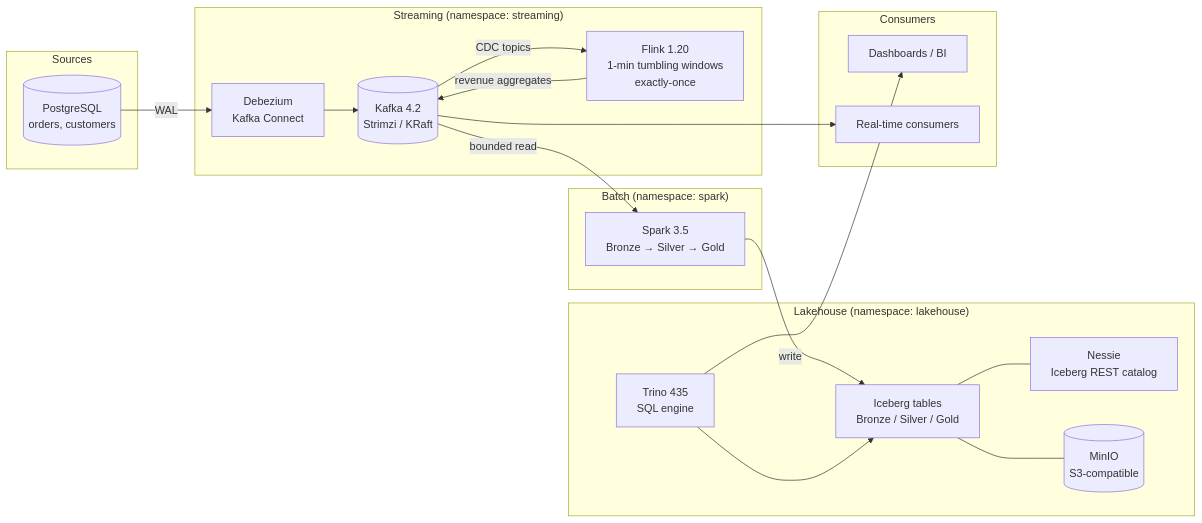
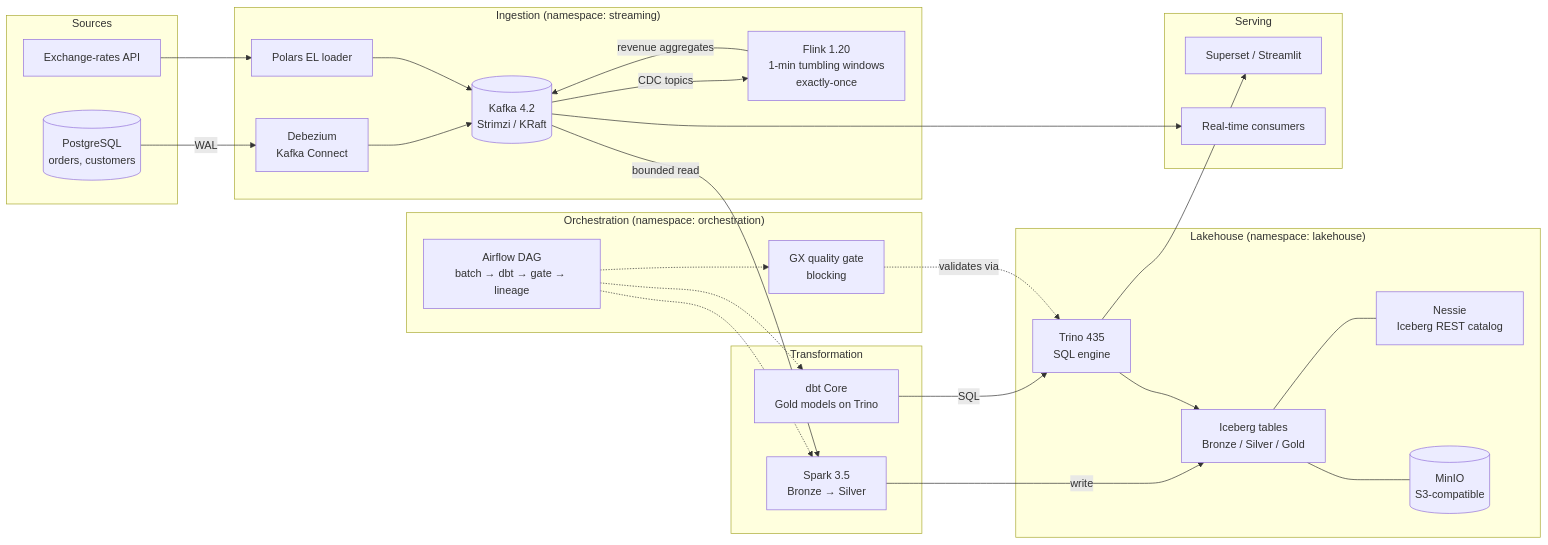
Before and after one commit to yvan-ai/real-time-lakehouse: the diagram in README.md, drawn with Mermaid. The commit also changed other lines of this file, not shown here.

First line of the commit message:
docs(readme): recruiter-ready pass — metrics, v2 architecture diagram

````diff
--- a/README.md
+++ b/README.md
@@ -20,39 +24,53 @@
 ```mermaid
 flowchart LR
     subgraph Sources
         PG[(PostgreSQL<br/>orders, customers)]
+        FX[Exchange-rates API]
     end
 
-    subgraph Streaming["Streaming (namespace: streaming)"]
+    subgraph Ingestion["Ingestion (namespace: streaming)"]
         DBZ[Debezium<br/>Kafka Connect]
+        PL[Polars EL loader]
         K[(Kafka 4.2<br/>Strimzi / KRaft)]
         FL[Flink 1.20<br/>1-min tumbling windows<br/>exactly-once]
+    end
+
+    subgraph Transform["Transformation"]
+        SP[Spark 3.5<br/>Bronze → Silver]
+        DBT[dbt Core<br/>Gold models on Trino]
     end
 
     subgraph Lakehouse["Lakehouse (namespace: lakehouse)"]
         NS[Nessie<br/>Iceberg REST catalog]
         MINIO[(MinIO<br/>S3-compatible)]
         ICE[Iceberg tables<br/>Bronze / Silver / Gold]
         TR[Trino 435<br/>SQL engine]
     end
 
-    subgraph Batch["Batch (namespace: spark)"]
-        SP[Spark 3.5<br/>Bronze → Silver → Gold]
+    subgraph Orchestration["Orchestration (namespace: orchestration)"]
+        AF[Airflow DAG<br/>batch → dbt → gate → lineage]
+        GX[GX quality gate<br/>blocking]
     end
 
-    subgraph Consumers
-        BI[Dashboards / BI]
+    subgraph Serving
+        BI[Superset / Streamlit]
         RT[Real-time consumers]
     end
 
     PG -- WAL --> DBZ --> K
+    FX --> PL --> K
     K -- CDC topics --> FL
     FL -- revenue aggregates --> K
     K -- bounded read --> SP
     SP -- write --> ICE
+    DBT -- SQL --> TR
     ICE --- NS
     ICE --- MINIO
     TR --> ICE
+    AF -.-> SP
+    AF -.-> DBT
+    AF -.-> GX
+    GX -. validates via .-> TR
     TR --> BI
     K --> RT
 ```
````
